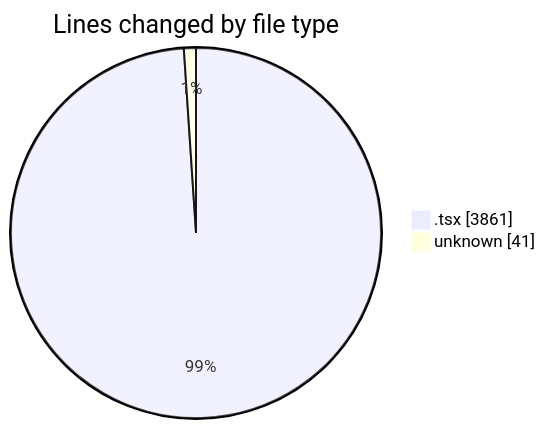
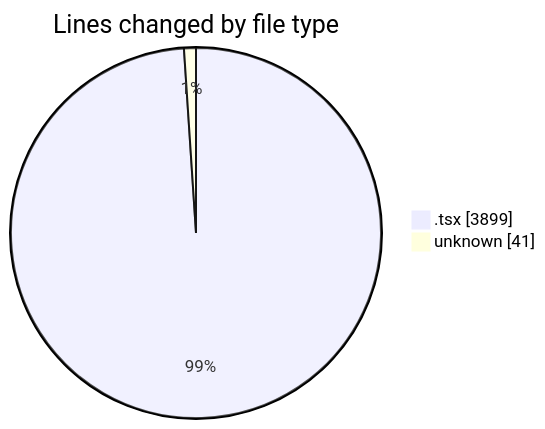
The first of 2 diagrams in 2025-05-29/kimberly-groups/README.md (JenPaints/code-tracking), drawn with Mermaid before and after one commit. The commit also changed other lines of this file and 1 other file, not shown here.

````diff
--- a/2025-05-29/kimberly-groups/README.md
+++ b/2025-05-29/kimberly-groups/README.md
@@ -28,6 +28,6 @@
 ```mermaid
 pie showData
 title Lines changed by file type
-".tsx" : 3861
+".tsx" : 3899
 "unknown" : 41
 ```
````
